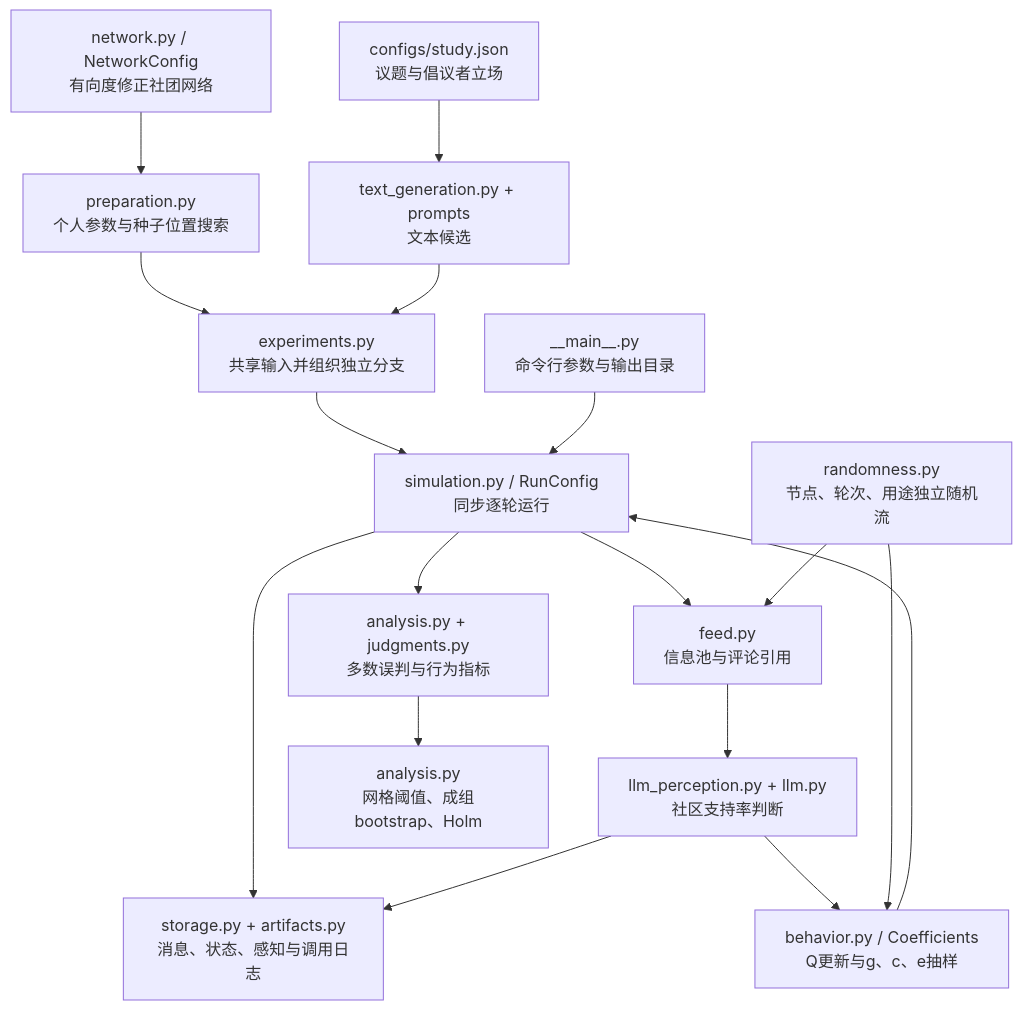
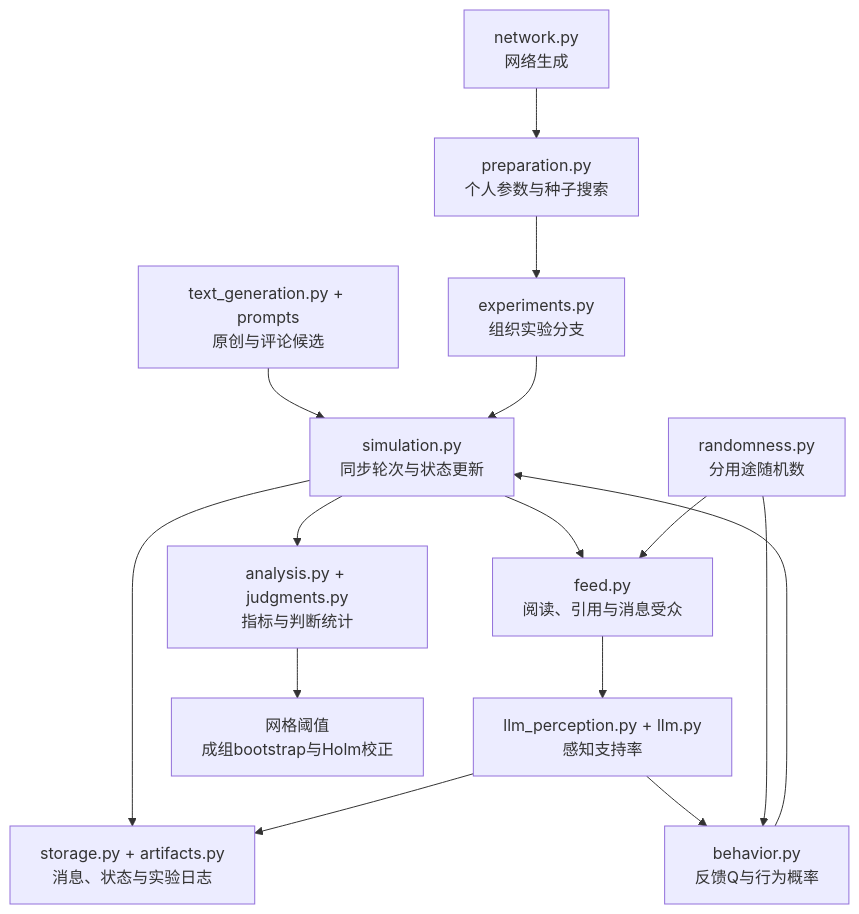
One commit to violet0630/Who-is-in-the-majority changed the diagram in MODEL_GUIDE.md. Above: the diagram before and after it, drawn with Mermaid. The commit also changed other lines of this file and 216 other files, not shown here.

````diff
--- a/MODEL_GUIDE.md
+++ b/MODEL_GUIDE.md
@@ -9,19 +9,17 @@
 ```mermaid
 flowchart TD
-    A[configs/study.json<br/>议题与倡议者立场] --> T[text_generation.py + prompts<br/>文本候选]
-    N[network.py / NetworkConfig<br/>有向度修正社团网络] --> P[preparation.py<br/>个人参数与种子位置搜索]
-    P --> E[experiments.py<br/>共享输入并组织独立分支]
-    T --> E
-    E --> S[simulation.py / RunConfig<br/>同步逐轮运行]
-    S --> F[feed.py<br/>信息池与评论引用]
-    F --> L[llm_perception.py + llm.py<br/>社区支持率判断]
-    L --> B[behavior.py / Coefficients<br/>Q更新与g、c、e抽样]
+    N["network.py<br/>网络生成"] --> P["preparation.py<br/>个人参数与种子搜索"]
+    T["text_generation.py + prompts<br/>原创与评论候选"] --> S
+    P --> E["experiments.py<br/>组织实验分支"]
+    E --> S["simulation.py<br/>同步轮次与状态更新"]
+    S --> F["feed.py<br/>阅读、引用与消息受众"]
+    F --> L["llm_perception.py + llm.py<br/>感知支持率"]
+    L --> B["behavior.py<br/>反馈Q与行为概率"]
     B --> S
-    R[randomness.py<br/>节点、轮次、用途独立随机流] --> F
+    R["randomness.py<br/>分用途随机数"] --> F
     R --> B
-    S --> M[analysis.py + judgments.py<br/>多数误判与行为指标]
-    M --> I[analysis.py<br/>网格阈值、成组bootstrap、Holm]
-    S --> O[storage.py + artifacts.py<br/>消息、状态、感知与调用日志]
+    S --> A["analysis.py + judgments.py<br/>指标与判断统计"]
+    A --> I["网格阈值<br/>成组bootstrap与Holm校正"]
+    S --> O["storage.py + artifacts.py<br/>消息、状态与实验日志"]
     L --> O
-    C[__main__.py<br/>命令行参数与输出目录] --> S
 ```
````
